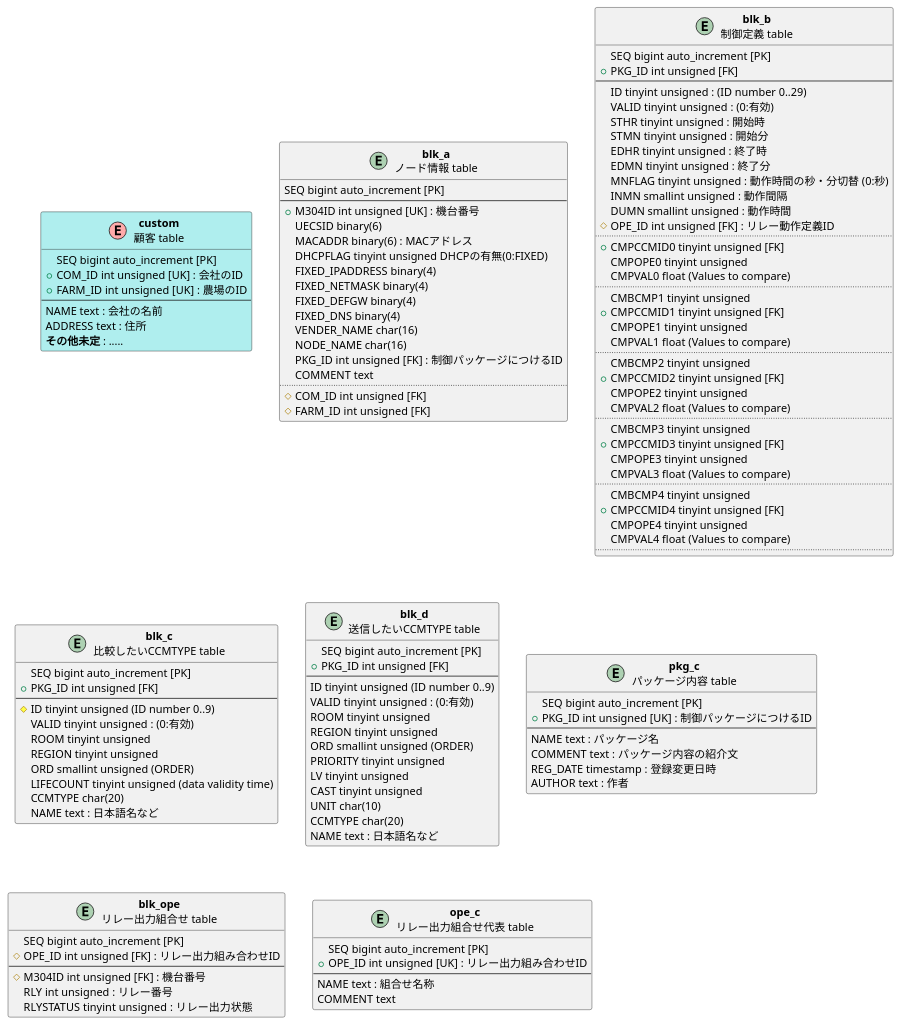
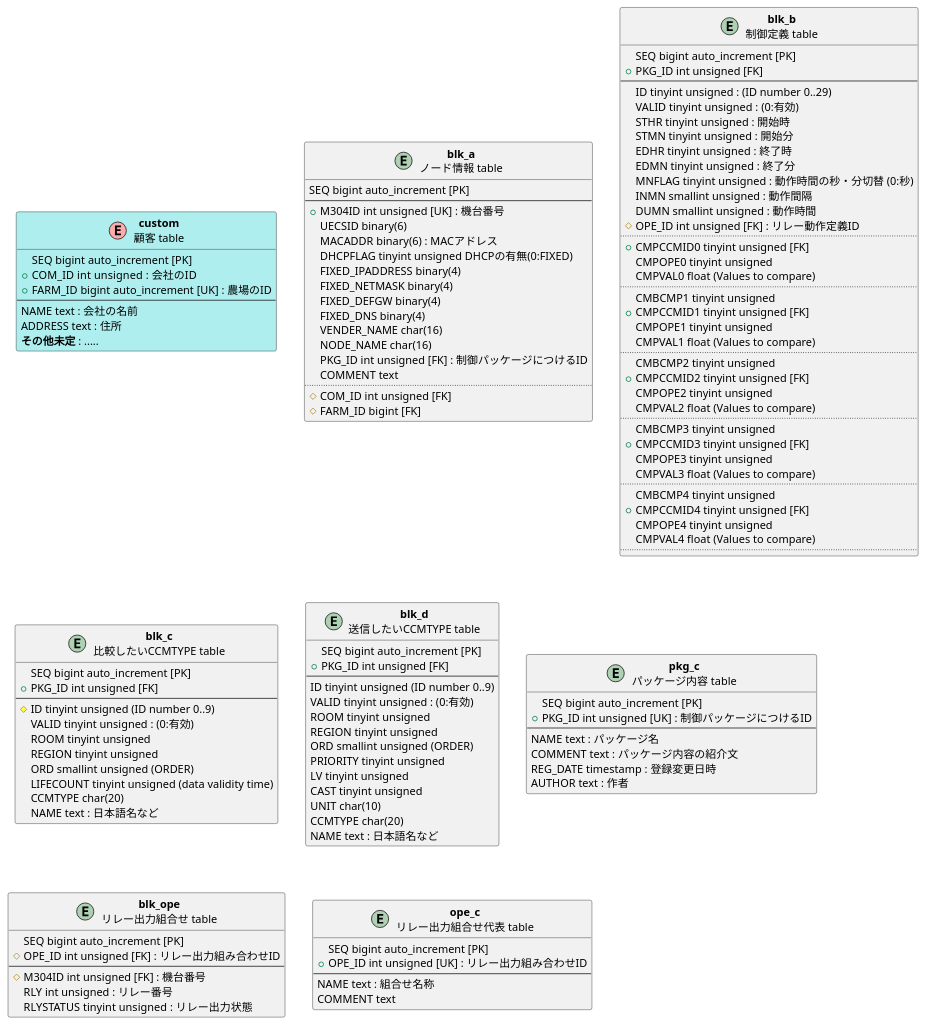
The diagram in db/tables.puml (mhorimoto/M304-lowcode), drawn with PlantUML before and after one commit.

Commit message:
keyの変更

```diff
--- a/db/tables.puml
+++ b/db/tables.puml
@@ -1,131 +1,131 @@
 @startuml tables
 entity tbl_custom as "**custom**\n顧客 table" <<(E,#FFAAAA)>> #PaleTurquoise {
     SEQ bigint auto_increment [PK]
-    + COM_ID int unsigned [UK] : 会社のID
-    + FARM_ID int unsigned [UK] : 農場のID
+    + COM_ID int unsigned  : 会社のID
+    + FARM_ID bigint auto_increment [UK] : 農場のID
     --
     NAME text : 会社の名前
     ADDRESS text : 住所
     **その他未定** : .....
 }
 
 entity blk_a as "**blk_a**\nノード情報 table" {
   SEQ bigint auto_increment [PK]
 --
   + M304ID int unsigned [UK] : 機台番号
   UECSID binary(6)
   MACADDR binary(6) : MACアドレス
   DHCPFLAG tinyint unsigned DHCPの有無(0:FIXED)
   FIXED_IPADDRESS binary(4)
   FIXED_NETMASK binary(4)
   FIXED_DEFGW binary(4)
   FIXED_DNS binary(4)
   VENDER_NAME char(16)
   NODE_NAME char(16)
   PKG_ID int unsigned [FK] : 制御パッケージにつけるID
   COMMENT text
   ..
   # COM_ID int unsigned [FK]
-  # FARM_ID int unsigned [FK]
+  # FARM_ID bigint [FK]
 }
   
 
 entity blk_b as "**blk_b**\n制御定義 table" {
     SEQ bigint auto_increment [PK]
     + PKG_ID int unsigned [FK]
     --
     ID tinyint unsigned : (ID number 0..29)
     VALID tinyint unsigned : (0:有効)
     STHR tinyint unsigned : 開始時
     STMN tinyint unsigned : 開始分
     EDHR tinyint unsigned : 終了時
     EDMN tinyint unsigned : 終了分
     MNFLAG tinyint unsigned : 動作時間の秒・分切替 (0:秒)
     INMN smallint unsigned : 動作間隔
     DUMN smallint unsigned : 動作時間
     # OPE_ID int unsigned [FK] : リレー動作定義ID
     ..
     + CMPCCMID0 tinyint unsigned [FK]
     CMPOPE0 tinyint unsigned
     CMPVAL0 float (Values to compare)
     ..
     CMBCMP1 tinyint unsigned
     + CMPCCMID1 tinyint unsigned [FK]
     CMPOPE1 tinyint unsigned
     CMPVAL1 float (Values to compare)
     ..
     CMBCMP2 tinyint unsigned
     + CMPCCMID2 tinyint unsigned [FK]
     CMPOPE2 tinyint unsigned
     CMPVAL2 float (Values to compare)
     ..
     CMBCMP3 tinyint unsigned
     + CMPCCMID3 tinyint unsigned [FK]
     CMPOPE3 tinyint unsigned
     CMPVAL3 float (Values to compare)
     ..
     CMBCMP4 tinyint unsigned
     + CMPCCMID4 tinyint unsigned [FK]
     CMPOPE4 tinyint unsigned
     CMPVAL4 float (Values to compare)
     ..
 }
 
 entity blk_c as "**blk_c**\n比較したいCCMTYPE table" {
     SEQ bigint auto_increment [PK]
     + PKG_ID int unsigned [FK]
     --
     # ID tinyint unsigned (ID number 0..9)
     VALID tinyint unsigned : (0:有効)
     ROOM tinyint unsigned
     REGION tinyint unsigned
     ORD smallint unsigned (ORDER)
     LIFECOUNT tinyint unsigned (data validity time)
     CCMTYPE char(20)
     NAME text : 日本語名など
 }
 
 entity blk_d as "**blk_d**\n送信したいCCMTYPE table" {
     SEQ bigint auto_increment [PK]
     + PKG_ID int unsigned [FK]
     --
     ID tinyint unsigned (ID number 0..9)
     VALID tinyint unsigned : (0:有効)
     ROOM tinyint unsigned
     REGION tinyint unsigned
     ORD smallint unsigned (ORDER)
     PRIORITY tinyint unsigned
     LV tinyint unsigned
     CAST tinyint unsigned
     UNIT char(10)
     CCMTYPE char(20)
     NAME text : 日本語名など
 }
 
 entity pkg_c as "**pkg_c**\nパッケージ内容 table" {
     SEQ bigint auto_increment [PK]
     + PKG_ID int unsigned [UK] : 制御パッケージにつけるID
     --
     NAME text : パッケージ名
     COMMENT text : パッケージ内容の紹介文
     REG_DATE timestamp : 登録変更日時
     AUTHOR text : 作者
 }
 
 entity blk_ope as "**blk_ope**\nリレー出力組合せ table" {
     SEQ bigint auto_increment [PK]
     # OPE_ID int unsigned [FK] : リレー出力組み合わせID
     --
     # M304ID int unsigned [FK] : 機台番号
     RLY int unsigned : リレー番号
     RLYSTATUS tinyint unsigned : リレー出力状態
 }
 
 entity ope_c as "**ope_c**\nリレー出力組合せ代表 table" {
     SEQ bigint auto_increment [PK]
     + OPE_ID int unsigned [UK] : リレー出力組み合わせID
     --
     NAME text : 組合せ名称
     COMMENT text
 }
 @enduml
```
